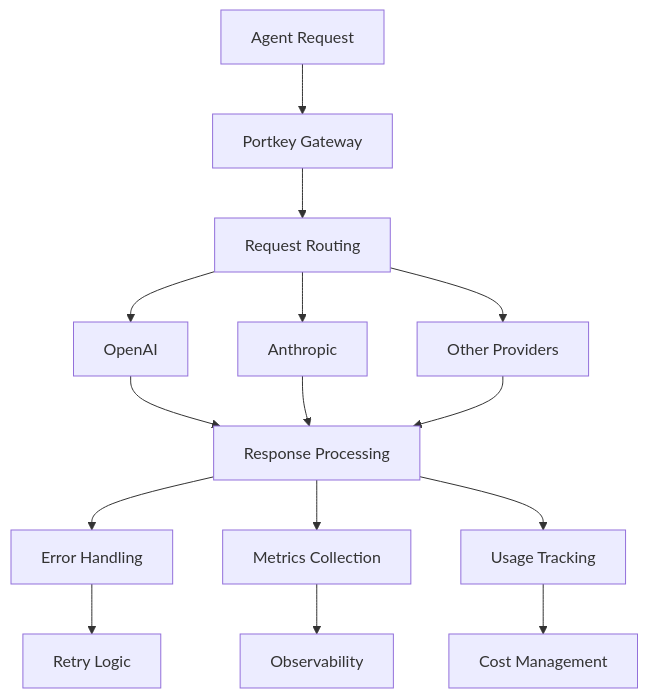
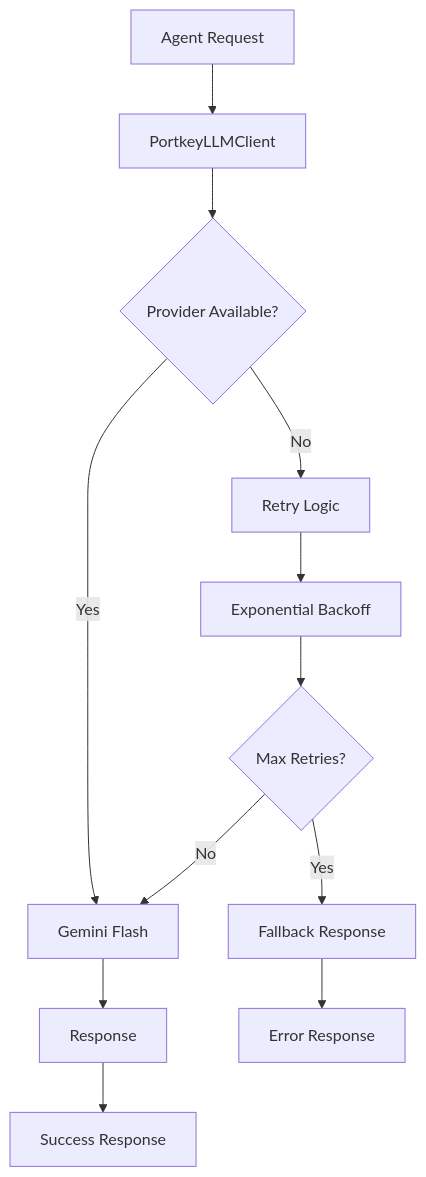
The eighth of 14 diagrams in docs/development/ai agent/ai-agent-architecture.md (xandylearning/zulip), drawn with Mermaid before and after one commit. The commit also changed other lines of this file and 27 other files, not shown here.

````diff
--- a/docs/development/ai agent/ai-agent-architecture.md
+++ b/docs/development/ai agent/ai-agent-architecture.md
@@ -242,20 +275,16 @@
 ```mermaid
 graph TB
-    A[Agent Request] --> B[Portkey Gateway]
-    B --> C[Request Routing]
-    C --> D[OpenAI]
-    C --> E[Anthropic]
-    C --> F[Other Providers]
-
-    D --> G[Response Processing]
-    E --> G
-    F --> G
-
-    G --> H[Error Handling]
-    G --> I[Metrics Collection]
-    G --> J[Usage Tracking]
-
-    H --> K[Retry Logic]
-    I --> L[Observability]
-    J --> M[Cost Management]
+    A[Agent Request] --> B[PortkeyLLMClient]
+    B --> C{Provider Available?}
+    C -->|Yes| D[Gemini Flash]
+    C -->|No| E[Retry Logic]
+    
+    D --> F[Response]
+    E --> G[Exponential Backoff]
+    G --> H{Max Retries?}
+    H -->|No| D
+    H -->|Yes| I[Fallback Response]
+    
+    F --> J[Success Response]
+    I --> K[Error Response]
 ```
````
